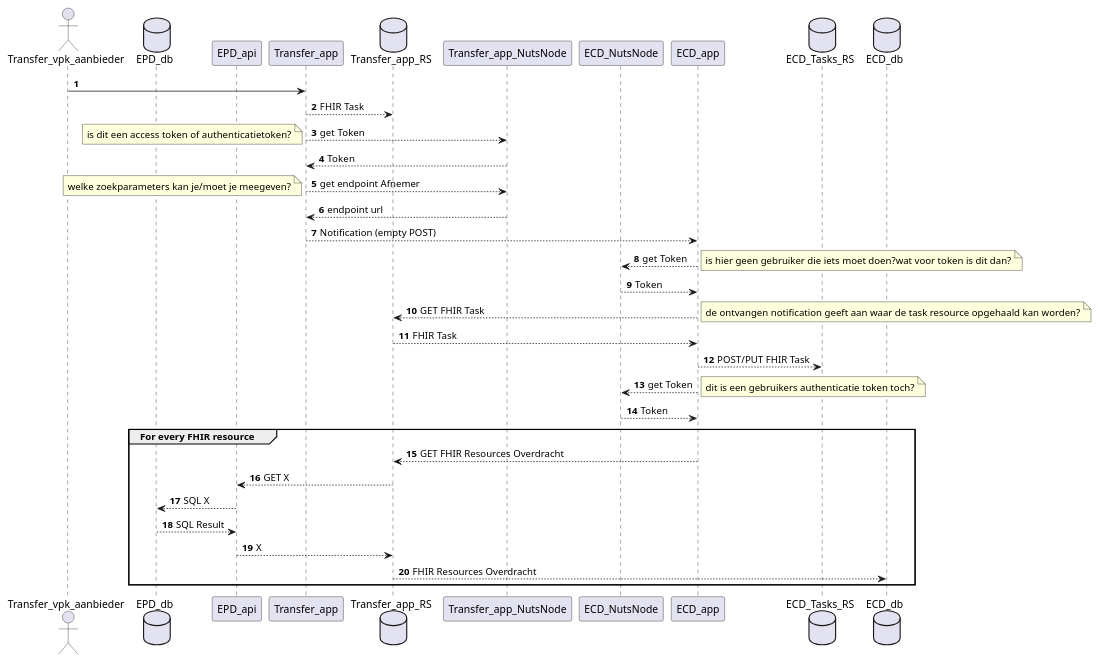
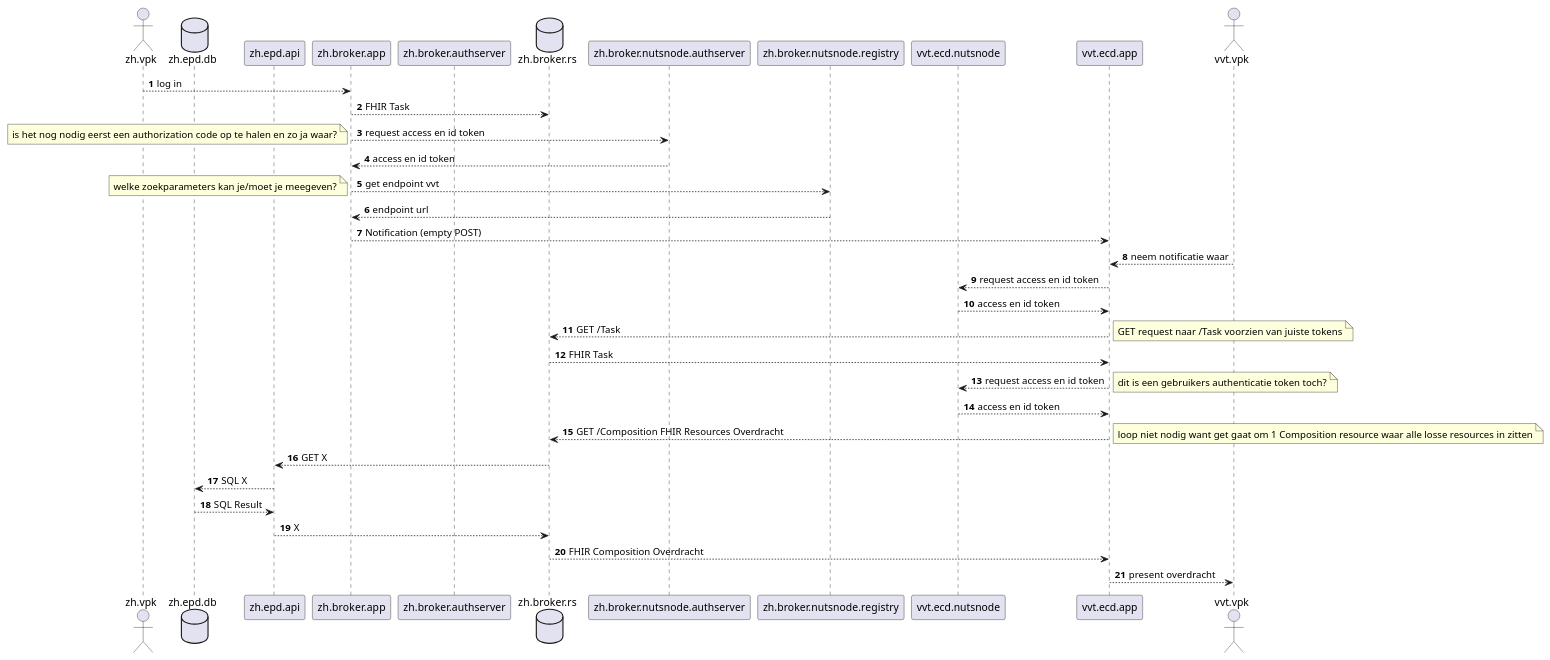
Before and after one commit to jorritspee/sequence-diagrams-eoverdracht: the diagram in sequentiediagram_zh_naar_vvt.puml, drawn with PlantUML. The commit also changed 1 other file, not shown here.

```diff
--- a/sequentiediagram_zh_naar_vvt.puml
+++ b/sequentiediagram_zh_naar_vvt.puml
@@ -1,44 +1,42 @@
 @startuml
 autonumber
-actor Transfer_vpk_aanbieder
-database EPD_db
-participant EPD_api
-participant Transfer_app
-database Transfer_app_RS
-participant Transfer_app_NutsNode
-participant ECD_NutsNode
-participant ECD_app
-database ECD_Tasks_RS
-database ECD_db
+actor zh.vpk
+database zh.epd.db
+participant zh.epd.api
+participant zh.broker.app
+participant zh.broker.authserver
+database zh.broker.rs
+participant zh.broker.nutsnode.authserver
+participant zh.broker.nutsnode.registry
+participant vvt.ecd.nutsnode
+participant vvt.ecd.app
+actor vvt.vpk
 
-Transfer_vpk_aanbieder -> Transfer_app
-Transfer_app --> Transfer_app_RS: FHIR Task 
-Transfer_app --> Transfer_app_NutsNode: get Token 
-note left: is dit een access token of authenticatietoken?
-Transfer_app <-- Transfer_app_NutsNode: Token
-Transfer_app --> Transfer_app_NutsNode: get endpoint Afnemer
+zh.vpk --> zh.broker.app: log in
+zh.broker.app --> zh.broker.rs: FHIR Task 
+zh.broker.app --> zh.broker.nutsnode.authserver: request access en id token 
+note left: is het nog nodig eerst een authorization code op te halen en zo ja waar?
+zh.broker.app <-- zh.broker.nutsnode.authserver: access en id token
+zh.broker.app --> zh.broker.nutsnode.registry: get endpoint vvt
 note left: welke zoekparameters kan je/moet je meegeven? 
-Transfer_app <-- Transfer_app_NutsNode: endpoint url
-Transfer_app --> ECD_app: Notification (empty POST)
+zh.broker.app <-- zh.broker.nutsnode.registry: endpoint url
+zh.broker.app --> vvt.ecd.app: Notification (empty POST)
 
-
-ECD_NutsNode <-- ECD_app: get Token 
-note right: is hier geen gebruiker die iets moet doen?wat voor token is dit dan?
-ECD_NutsNode --> ECD_app: Token
-Transfer_app_RS <-- ECD_app: GET FHIR Task 
-note right: de ontvangen notification geeft aan waar de task resource opgehaald kan worden?
-Transfer_app_RS --> ECD_app: FHIR Task
-ECD_app --> ECD_Tasks_RS: POST/PUT FHIR Task
-ECD_NutsNode <-- ECD_app: get Token 
+vvt.ecd.app <-- vvt.vpk: neem notificatie waar
+vvt.ecd.nutsnode <-- vvt.ecd.app: request access en id token 
+vvt.ecd.nutsnode --> vvt.ecd.app: access en id token
+zh.broker.rs <-- vvt.ecd.app: GET /Task 
+note right: GET request naar /Task voorzien van juiste tokens
+zh.broker.rs --> vvt.ecd.app: FHIR Task
+vvt.ecd.nutsnode <-- vvt.ecd.app: request access en id token 
 note right: dit is een gebruikers authenticatie token toch?
-ECD_NutsNode --> ECD_app: Token
-group For every FHIR resource
-Transfer_app_RS <-- ECD_app: GET FHIR Resources Overdracht 
-
-Transfer_app_RS --> EPD_api: GET X
-EPD_api --> EPD_db: SQL X
-EPD_api <-- EPD_db: SQL Result
-Transfer_app_RS <-- EPD_api: X
-Transfer_app_RS --> ECD_db: FHIR Resources Overdracht
-end
+vvt.ecd.nutsnode --> vvt.ecd.app: access en id token
+zh.broker.rs <-- vvt.ecd.app: GET /Composition FHIR Resources Overdracht 
+note right: loop niet nodig want get gaat om 1 Composition resource waar alle losse resources in zitten
+zh.broker.rs --> zh.epd.api: GET X
+zh.epd.api --> zh.epd.db: SQL X
+zh.epd.api <-- zh.epd.db: SQL Result
+zh.broker.rs <-- zh.epd.api: X
+zh.broker.rs --> vvt.ecd.app: FHIR Composition Overdracht
+vvt.ecd.app --> vvt.vpk: present overdracht
 @enduml
```
